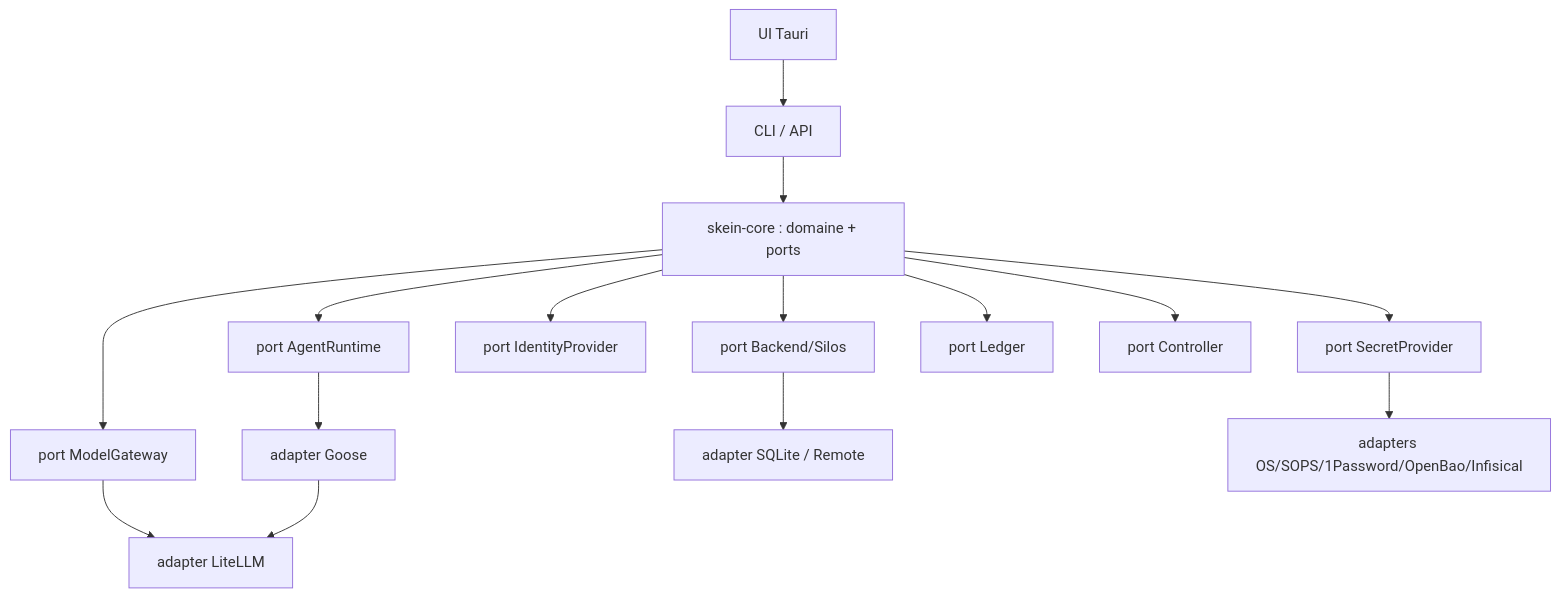
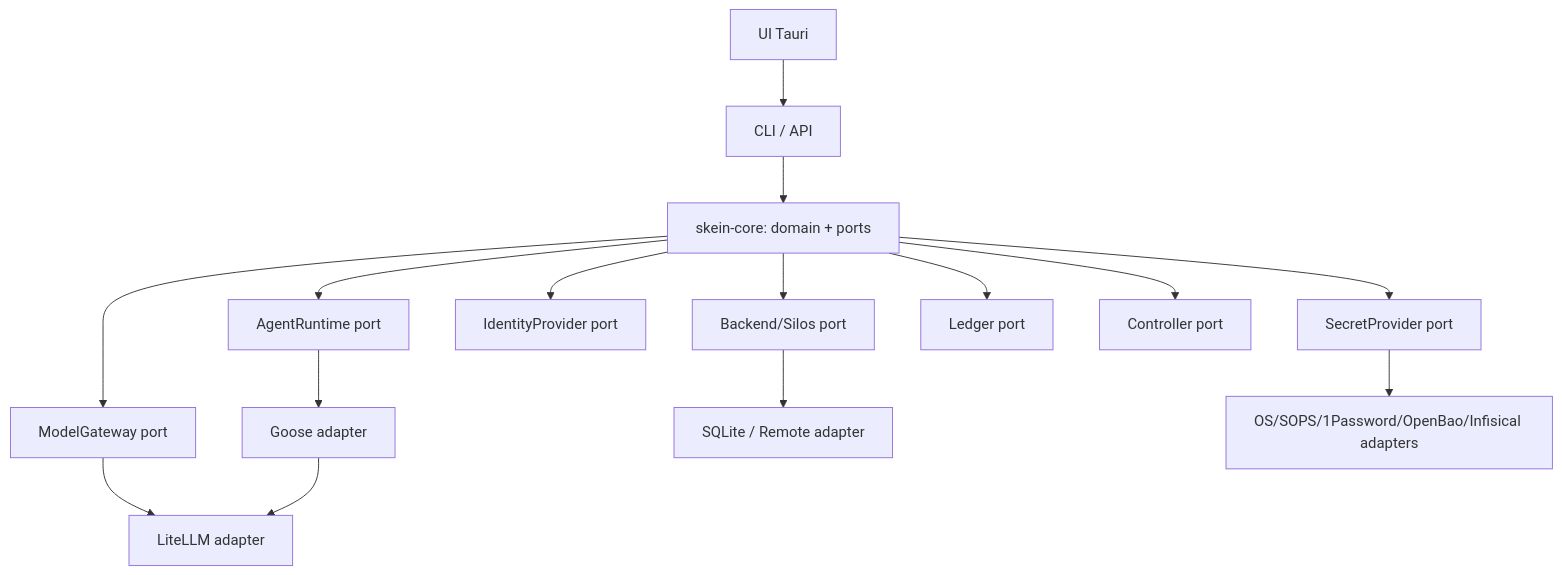
One commit to K4M1coder/heddle changed the diagram in _bmad-output/planning-artifacts/architecture.md. Above: the diagram before and after it, drawn with Mermaid. The commit also changed other lines of this file and 11 other files, not shown here.

````diff
--- a/_bmad-output/planning-artifacts/architecture.md
+++ b/_bmad-output/planning-artifacts/architecture.md
@@ -67,17 +67,17 @@
 ```mermaid
 graph TD
   UI[UI Tauri] --> CLI[CLI / API]
-  CLI --> CORE[skein-core : domaine + ports]
-  CORE --> RT[port AgentRuntime]
-  CORE --> GW[port ModelGateway]
-  CORE --> BK[port Backend/Silos]
-  CORE --> ID[port IdentityProvider]
-  CORE --> SEC[port SecretProvider]
-  CORE --> LED[port Ledger]
-  CORE --> CTL[port Controller]
-  RT --> GOOSE[adapter Goose]
-  GW --> LITELLM[adapter LiteLLM]
-  BK --> SQLITE[adapter SQLite / Remote]
-  SEC --> KEYRING[adapters OS/SOPS/1Password/OpenBao/Infisical]
+  CLI --> CORE[skein-core: domain + ports]
+  CORE --> RT[AgentRuntime port]
+  CORE --> GW[ModelGateway port]
+  CORE --> BK[Backend/Silos port]
+  CORE --> ID[IdentityProvider port]
+  CORE --> SEC[SecretProvider port]
+  CORE --> LED[Ledger port]
+  CORE --> CTL[Controller port]
+  RT --> GOOSE[Goose adapter]
+  GW --> LITELLM[LiteLLM adapter]
+  BK --> SQLITE[SQLite / Remote adapter]
+  SEC --> KEYRING[OS/SOPS/1Password/OpenBao/Infisical adapters]
   GOOSE --> LITELLM
 ```
````
